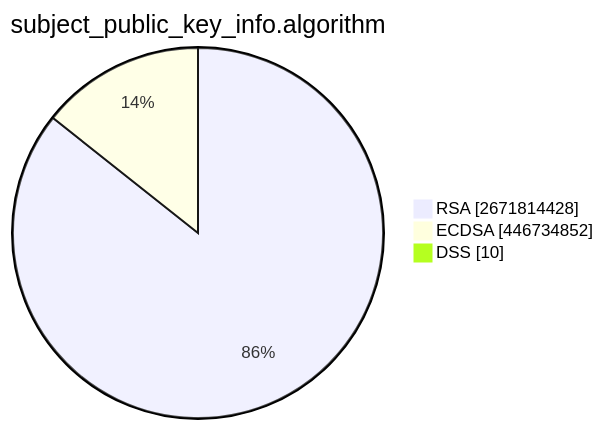
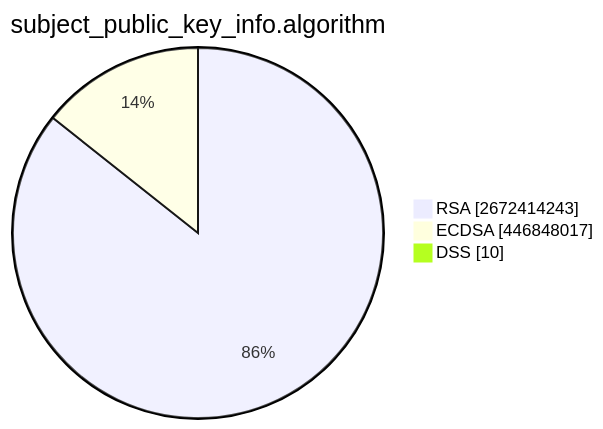
One commit to christiankrug/ctmonitor_visualization changed the second of 15 diagrams in TOTAL/README.md. Above: the diagram before and after it, drawn with Mermaid. The commit also changed other lines of this file, not shown here.

````diff
--- a/TOTAL/README.md
+++ b/TOTAL/README.md
@@ -6,7 +6,7 @@
 ```mermaid
 pie showData
 title subject_public_key_info.algorithm
-"RSA" :2671814428
-"ECDSA" :446734852
+"RSA" :2672414243
+"ECDSA" :446848017
 "DSS" :10
 ```
````
